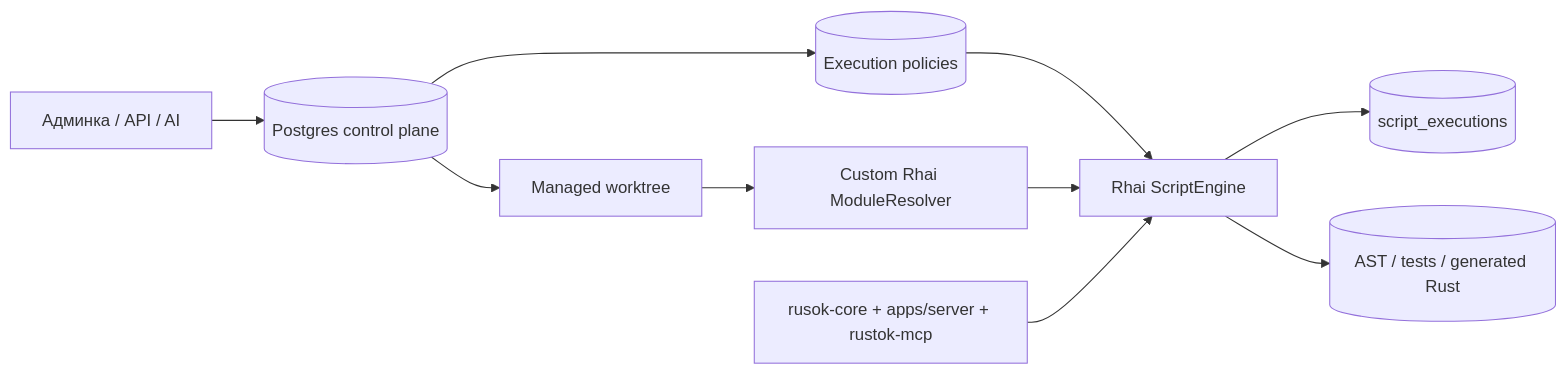
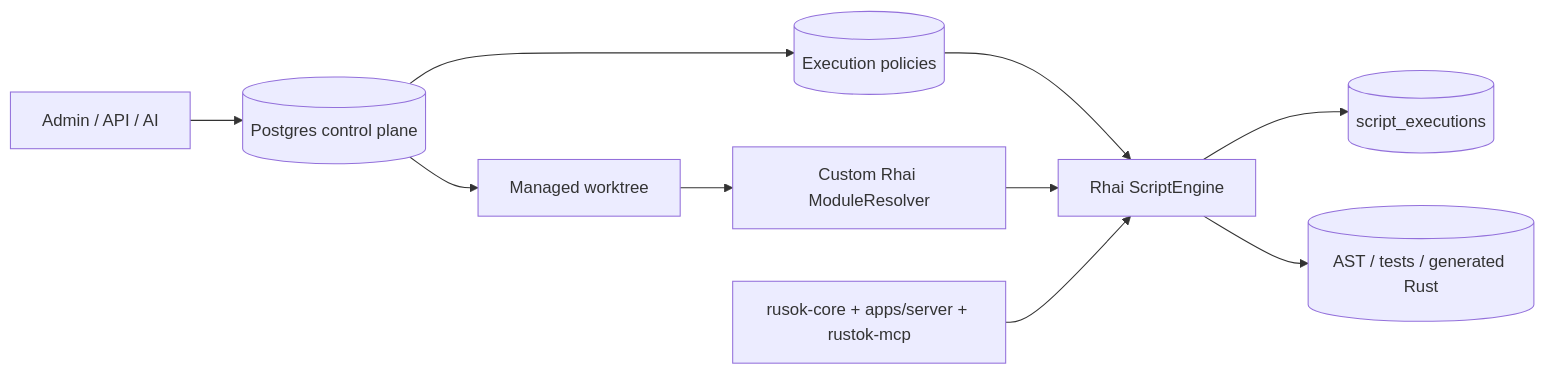
The first of 2 diagrams in docs/research/Alloy-research.md (RusTokRs/RusTok), drawn with Mermaid before and after one commit. The commit also changed other lines of this file and 270 other files, not shown here.

````diff
--- a/docs/research/Alloy-research.md
+++ b/docs/research/Alloy-research.md
@@ -99,12 +100,12 @@
 ```mermaid
 flowchart LR
-    User[Админка / API / AI] --> Registry[(Postgres control plane)]
+    User[Admin / API / AI] --> Registry[(Postgres control plane)]
     Registry --> Worktree[Managed worktree]
     Registry --> Policy[(Execution policies)]
     Worktree --> Resolver[Custom Rhai ModuleResolver]
     Policy --> Engine[Rhai ScriptEngine]
     Resolver --> Engine
     Host[rusok-core + apps/server + rustok-mcp] --> Engine
     Engine --> ExecLog[(script_executions)]
     Engine --> Artifacts[(AST / tests / generated Rust)]
 ```
````
